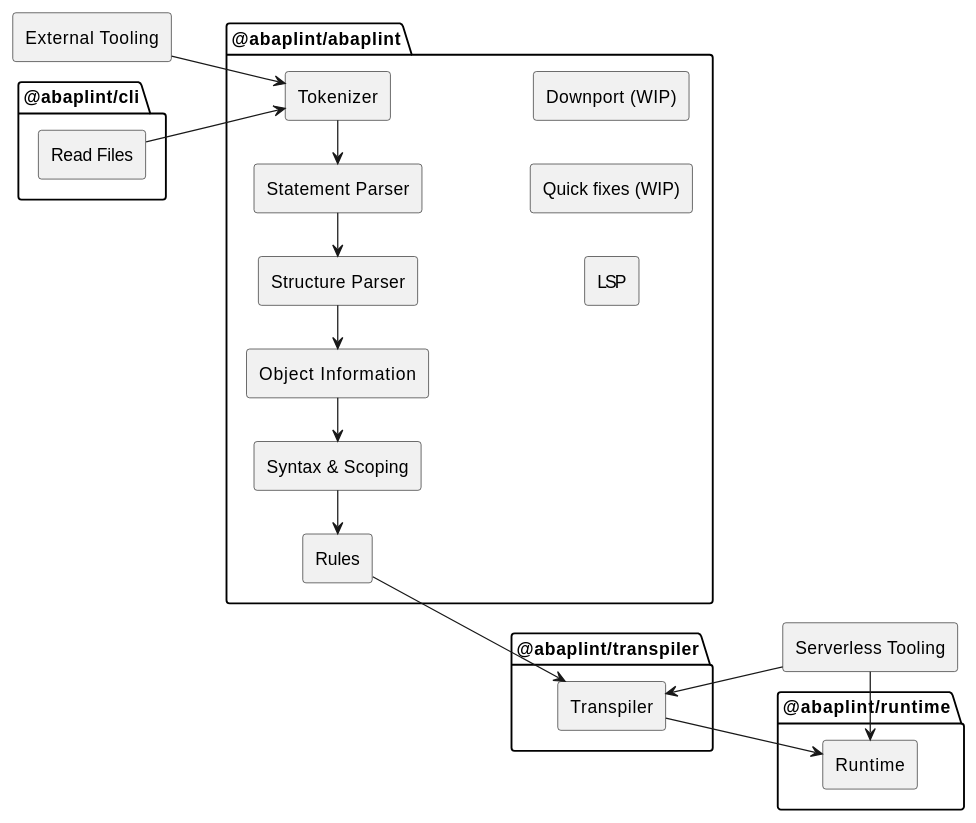
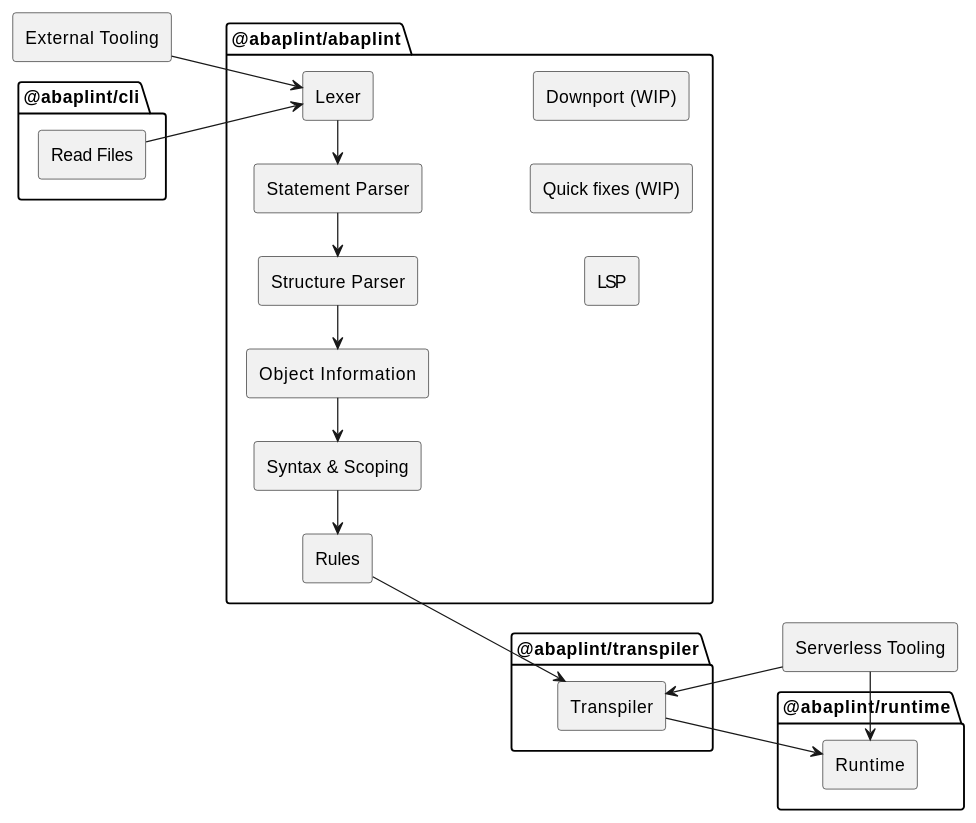
The first of 4 diagrams in docs/design/index.adoc (abaplint/abaplint), drawn with PlantUML before and after one commit. The commit also changed other lines of this file and 1163 other files, not shown here.

```diff
--- a/docs/design/index.adoc
+++ b/docs/design/index.adoc
@@ -17,54 +17,54 @@
 [plantuml, components, svg]
 ....
 left to right direction
 skinparam monochrome true
 
 package "@abaplint/abaplint" as abaplint {
-  rectangle "Tokenizer" as tokenizer
+  rectangle "Lexer" as lexer
 
   rectangle "Statement Parser" as statement_parser
   rectangle "Structure Parser" as structure_parser
   rectangle "Object Information" as object_information
   rectangle "Syntax & Scoping" as syntax
   rectangle "Rules" as rules
 
   rectangle "Downport (WIP)" as downport
   rectangle "Quick fixes (WIP)" as quick_fixes
   rectangle "LSP" as lsp
 
-  tokenizer -left-> statement_parser
+  lexer -left-> statement_parser
   statement_parser -left-> structure_parser
   structure_parser -left-> object_information
   object_information -left-> syntax
   syntax -left-> rules
 
-  tokenizer -[hidden]-> downport
+  lexer -[hidden]-> downport
   statement_parser -[hidden]-> quick_fixes
   structure_parser -[hidden]-> lsp
 }
 
 rectangle "External Tooling" as tooling
-tooling --> tokenizer
+tooling --> lexer
 
 package "@abaplint/cli" {
   rectangle "Read Files" as read_files
 }
-read_files --> tokenizer
+read_files --> lexer
 
 package "@abaplint/transpiler" as package_transpiler {
   rectangle "Transpiler" as transpiler
 }
 
 rules -down-> transpiler
 
 package "@abaplint/runtime" as package_runtime {
   rectangle "Runtime" as runtime
 }
 
 transpiler --> runtime
 
 rectangle "Serverless Tooling" as serverless
 serverless -left-> transpiler
 serverless -left-> runtime
 
 ....
```
